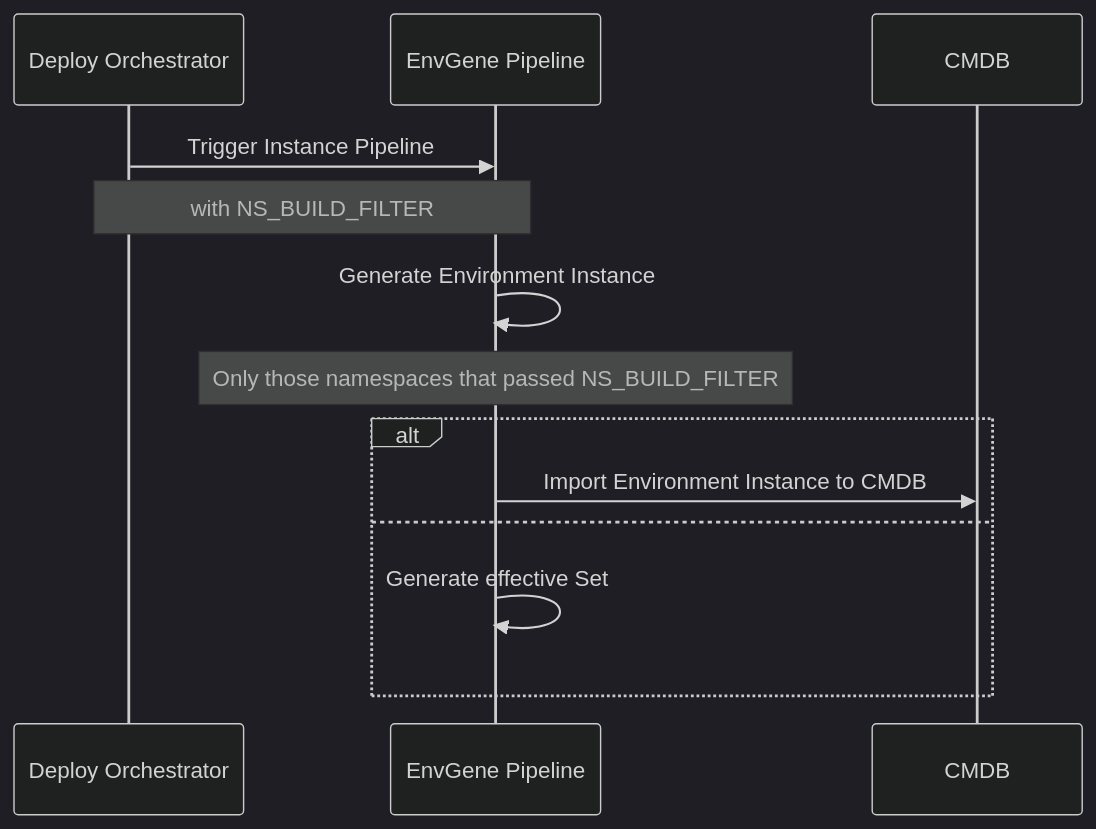
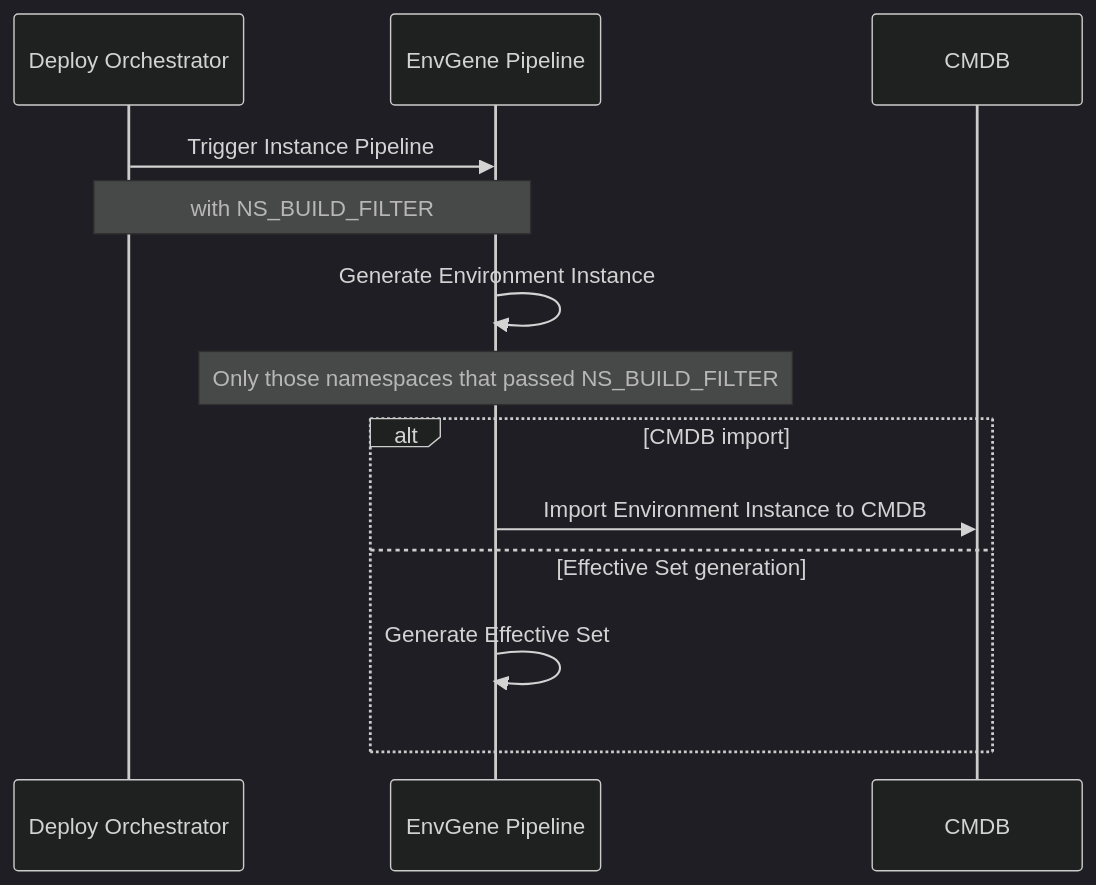
One commit to Netcracker/qubership-envgene changed the second of 2 diagrams in docs/features/blue-green-deployment.md. Above: the diagram before and after it, drawn with Mermaid (dark theme). The commit also changed other lines of this file and 25 other files, not shown here.

````diff
--- a/docs/features/blue-green-deployment.md
+++ b/docs/features/blue-green-deployment.md
@@ -55,17 +77,17 @@
 ```mermaid
 sequenceDiagram
     participant DP as Deploy Orchestrator
     participant EGP as EnvGene Pipeline
     participant CMDB as CMDB
 
     DP->>EGP: Trigger Instance Pipeline
     Note over DP,EGP: with NS_BUILD_FILTER
     EGP->>EGP: Generate Environment Instance
     Note over EGP,EGP: Only those namespaces that passed NS_BUILD_FILTER
 
-    alt
+    alt CMDB import
         EGP->>CMDB: Import Environment Instance to CMDB
-    else
-        EGP->>EGP: Generate effective Set
+    else Effective Set generation
+        EGP->>EGP: Generate Effective Set
     end
 ```
````
